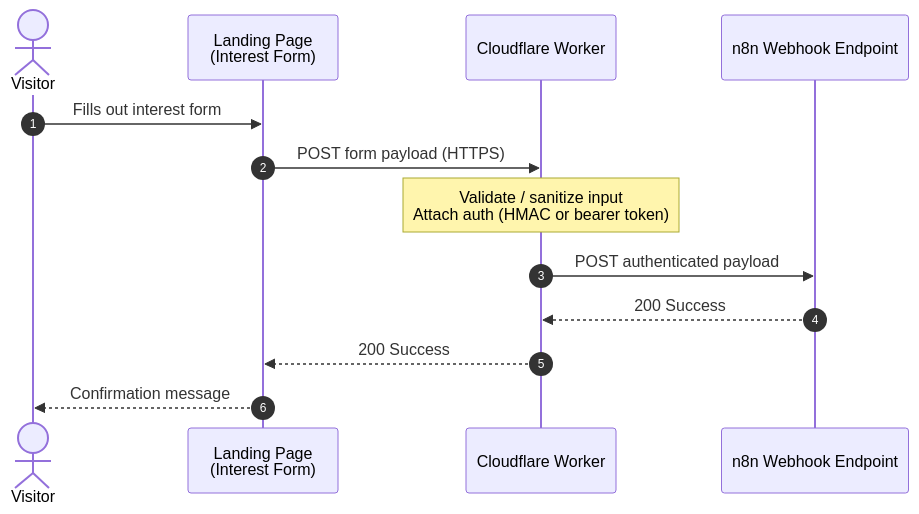
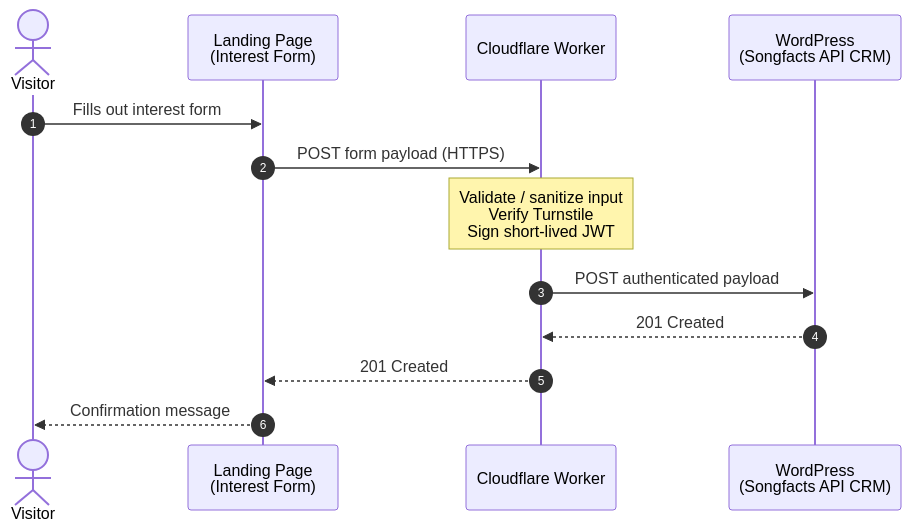
One commit to Savage-Ventures-Github/api-songfacts-com changed the diagram in helpers-savage-ventures/README.md. Above: the diagram before and after it, drawn with Mermaid. The commit also changed other lines of this file and 2 other files, not shown here.

````diff
--- a/helpers-savage-ventures/README.md
+++ b/helpers-savage-ventures/README.md
@@ -11,16 +14,16 @@
 ```mermaid
 sequenceDiagram
     autonumber
     actor V as Visitor
     participant LP as Landing Page<br/>(Interest Form)
     participant CF as Cloudflare Worker
-    participant N8N as n8n Webhook Endpoint
+    participant WP as WordPress<br/>(Songfacts API CRM)
 
     V->>LP: Fills out interest form
     LP->>CF: POST form payload (HTTPS)
-    Note over CF: Validate / sanitize input<br/>Attach auth (HMAC or bearer token)
-    CF->>N8N: POST authenticated payload
-    N8N-->>CF: 200 Success
-    CF-->>LP: 200 Success
+    Note over CF: Validate / sanitize input<br/>Verify Turnstile<br/>Sign short-lived JWT
+    CF->>WP: POST authenticated payload
+    WP-->>CF: 201 Created
+    CF-->>LP: 201 Created
     LP-->>V: Confirmation message
 ```
````
